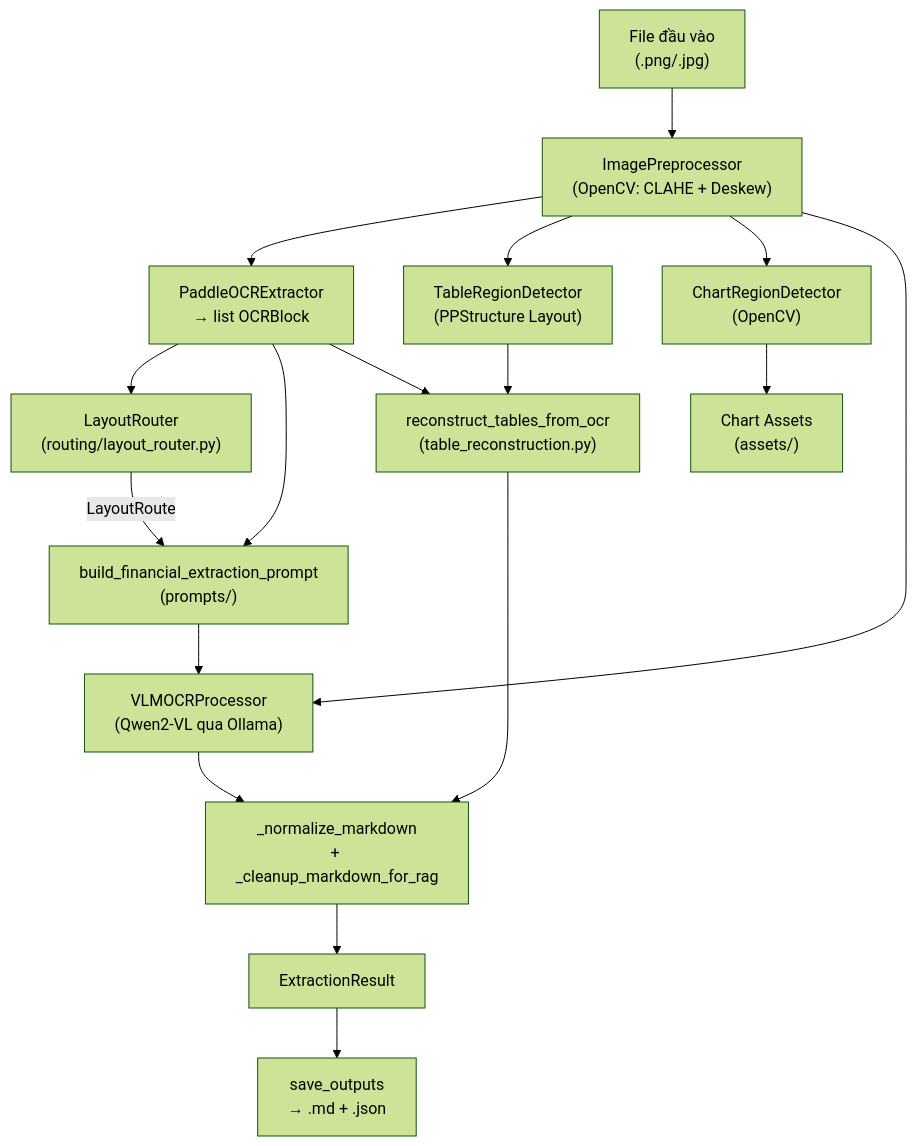
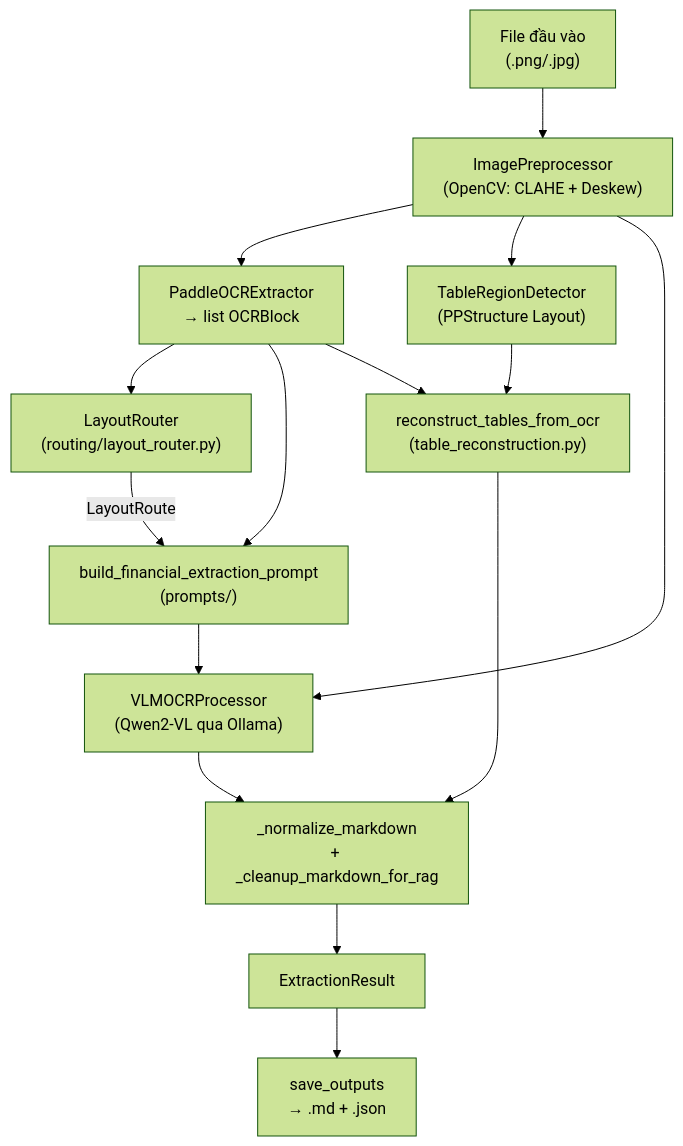
One commit to HoangKhang226/Doc-Anchor-AI changed the first of 2 diagrams in src/ingestion/README.md. Above: the diagram before and after it, drawn with Mermaid (forest theme). The commit also changed other lines of this file and 21 other files, not shown here.

````diff
--- a/src/ingestion/README.md
+++ b/src/ingestion/README.md
@@ -13,28 +13,26 @@
 ```mermaid
 flowchart TD
     A["File đầu vào\n(.png/.jpg)"] --> D["ImagePreprocessor\n(OpenCV: CLAHE + Deskew)"]
 
     D --> E["PaddleOCRExtractor\n→ list OCRBlock"]
 
     E --> F["LayoutRouter\n(routing/layout_router.py)"]
     F -->|LayoutRoute| G["build_financial_extraction_prompt\n(prompts/)"]
     E --> G
 
     D --> H["TableRegionDetector\n(PPStructure Layout)"]
     H --> I["reconstruct_tables_from_ocr\n(table_reconstruction.py)"]
     E --> I
 
-    D --> U["ChartRegionDetector\n(OpenCV)"]
-    U --> V["Chart Assets\n(assets/)"]
-    
+
     G --> J["VLMOCRProcessor\n(Qwen2-VL qua Ollama)"]
     D --> J
 
     J --> K["_normalize_markdown\n+ _cleanup_markdown_for_rag"]
     I --> K
 
     K --> L["ExtractionResult"]
     L --> M["save_outputs\n→ .md + .json"]
 
 
 ```
````
